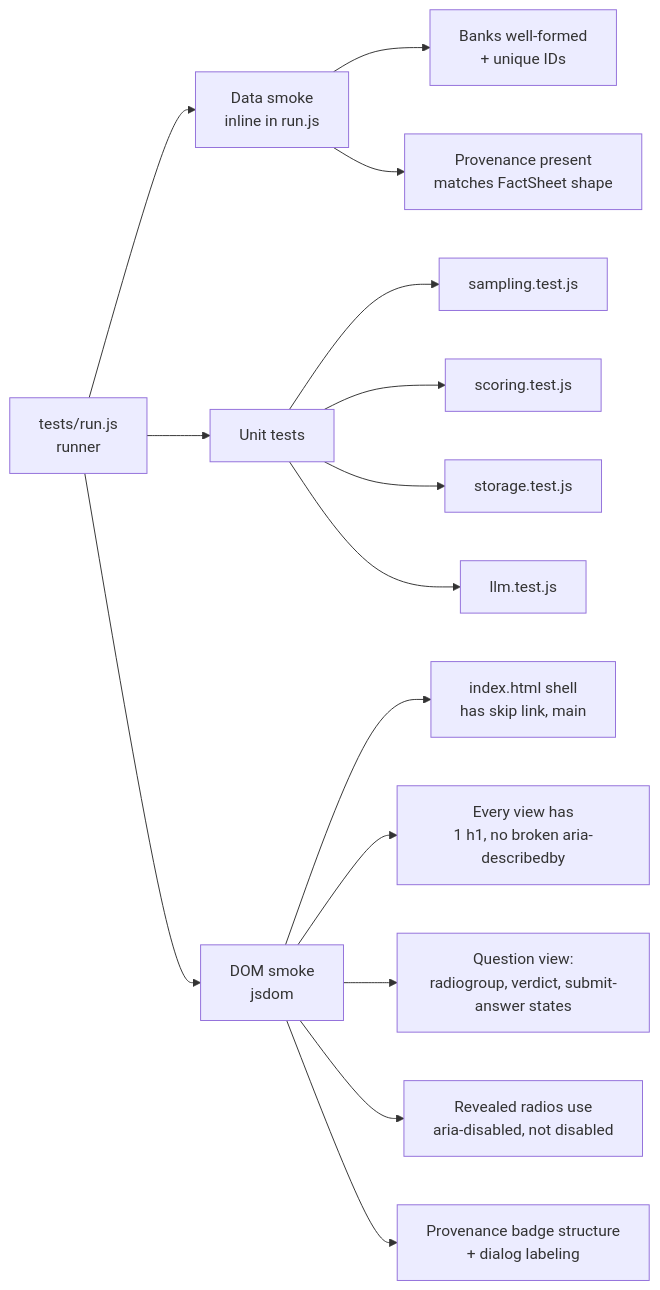
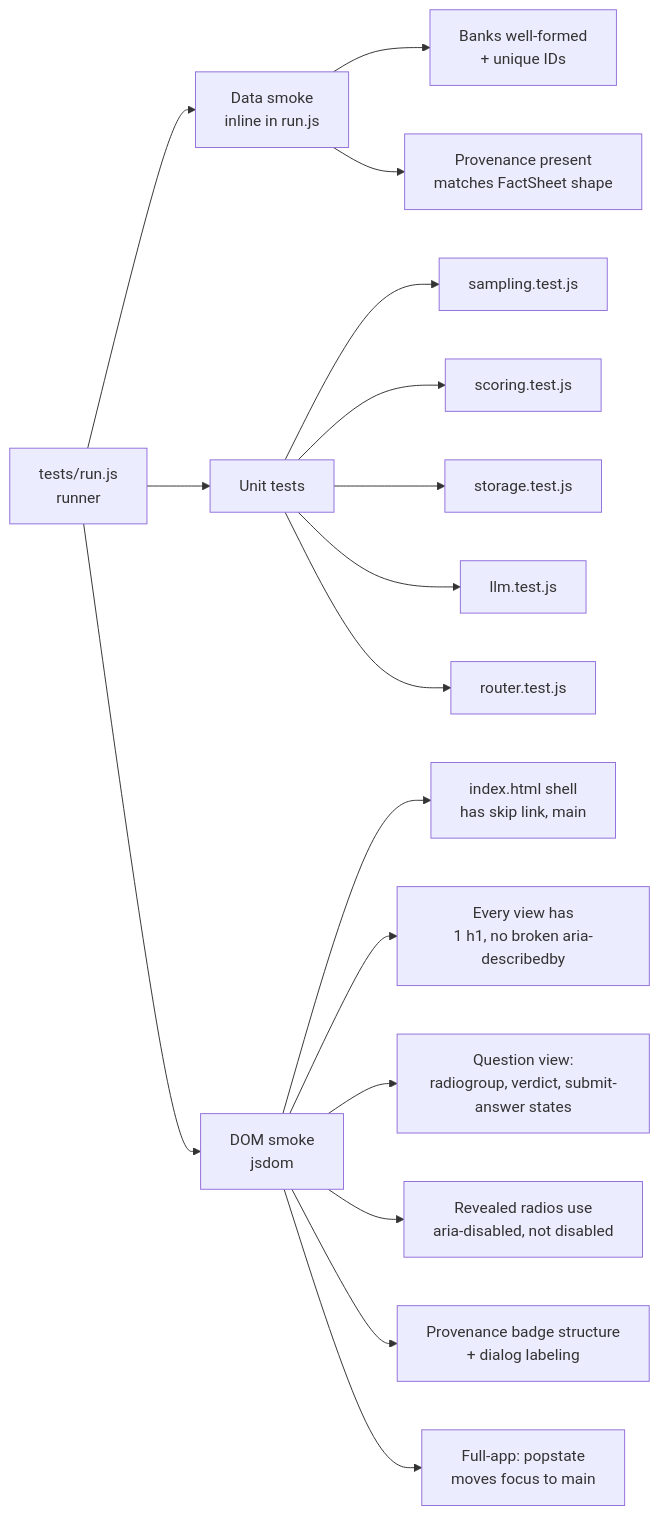
Before and after one commit to lucidsif/cpacc-exam-prep: the fourth of 4 diagrams in ARCHITECTURE.md, drawn with Mermaid. The commit also changed other lines of this file and 11 other files, not shown here.

First line of the commit message:
feat(nav): browser Back/Forward, and de-vendor the chat-status copy

````diff
--- a/ARCHITECTURE.md
+++ b/ARCHITECTURE.md
@@ -240,24 +288,26 @@
 ```mermaid
 graph LR
   accTitle: Test suite layers
-  accDescr: The test runner discovers every *.test.js file in tests/. There are three layers: data smoke tests (inline in run.js) validate data file structure and provenance. Unit tests cover pure logic in sampling, scoring, storage, and the LLM provider helper. DOM smoke tests use jsdom to assert view-level accessibility contracts.
+  accDescr: The test runner discovers every *.test.js file in tests/. There are three layers: data smoke tests (inline in run.js) validate data file structure and provenance. Unit tests cover pure logic in sampling, scoring, storage, the LLM provider helper, and the router. DOM smoke tests use jsdom to assert view-level accessibility contracts, including a full-app test that Back/Forward moves focus to main.
 
   R[tests/run.js<br/>runner]
   DS[Data smoke<br/>inline in run.js]
   U[Unit tests]
   V[DOM smoke<br/>jsdom]
   R --> DS
   R --> U
   R --> V
   DS --> DSa[Banks well-formed<br/>+ unique IDs]
   DS --> DSb[Provenance present<br/>matches FactSheet shape]
   U --> Ua[sampling.test.js]
   U --> Ub[scoring.test.js]
   U --> Uc[storage.test.js]
   U --> Ud[llm.test.js]
+  U --> Ue[router.test.js]
   V --> Va[index.html shell<br/>has skip link, main]
   V --> Vb[Every view has<br/>1 h1, no broken aria-describedby]
   V --> Vc[Question view:<br/>radiogroup, verdict, submit-answer states]
   V --> Vd[Revealed radios use<br/>aria-disabled, not disabled]
   V --> Ve[Provenance badge structure<br/>+ dialog labeling]
+  V --> Vf[Full-app: popstate<br/>moves focus to main]
 ```
````
